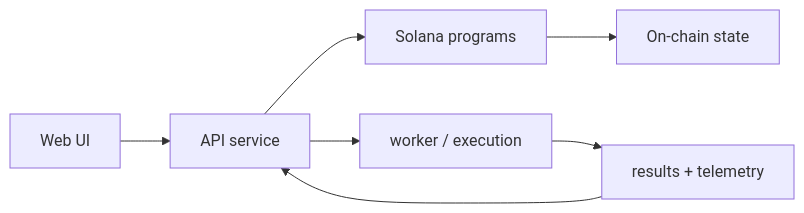
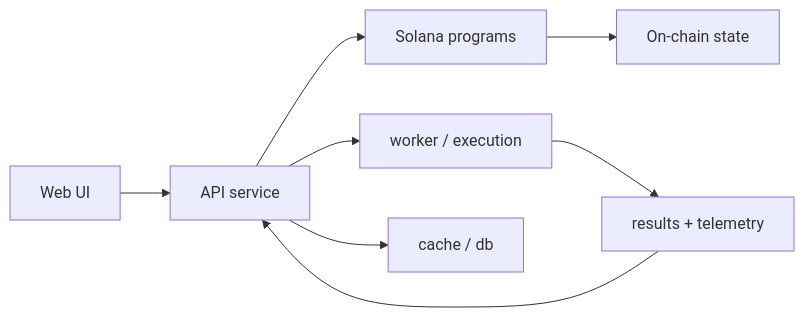
One commit to Silicium-Project/Fusion changed the sixth of 6 diagrams in README.md. Above: the diagram before and after it, drawn with Mermaid. The commit also changed other lines of this file, not shown here.

Commit message:
Add detailed macro and zoom architecture diagrams

````diff
--- a/README.md
+++ b/README.md
@@ -101,9 +161,10 @@
 ```mermaid
 flowchart LR
   Web["Web UI"] --> API["API service"]
   API --> Programs["Solana programs"]
   Programs --> Accounts["On-chain state"]
   API --> Worker["worker / execution"]
   Worker --> Results["results + telemetry"]
   Results --> API
+  API --> Cache["cache / db"]
 ```
````
